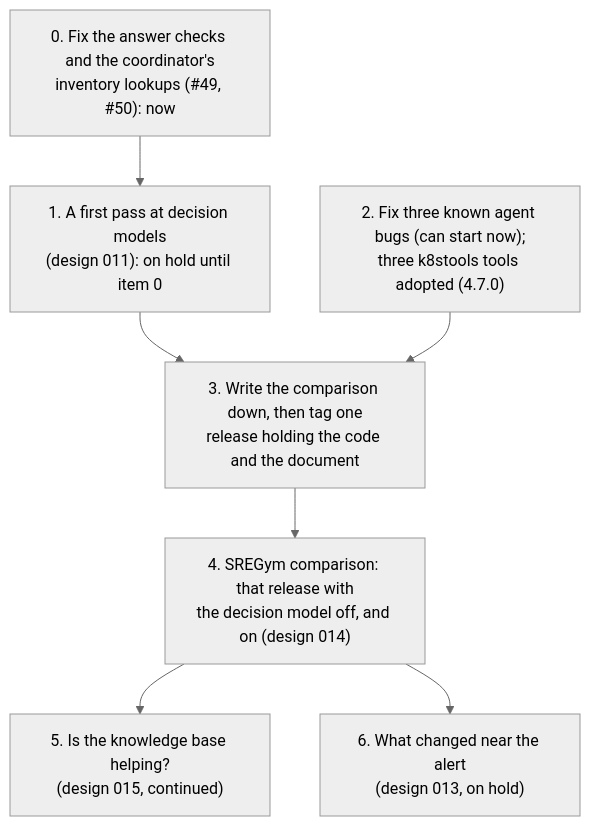
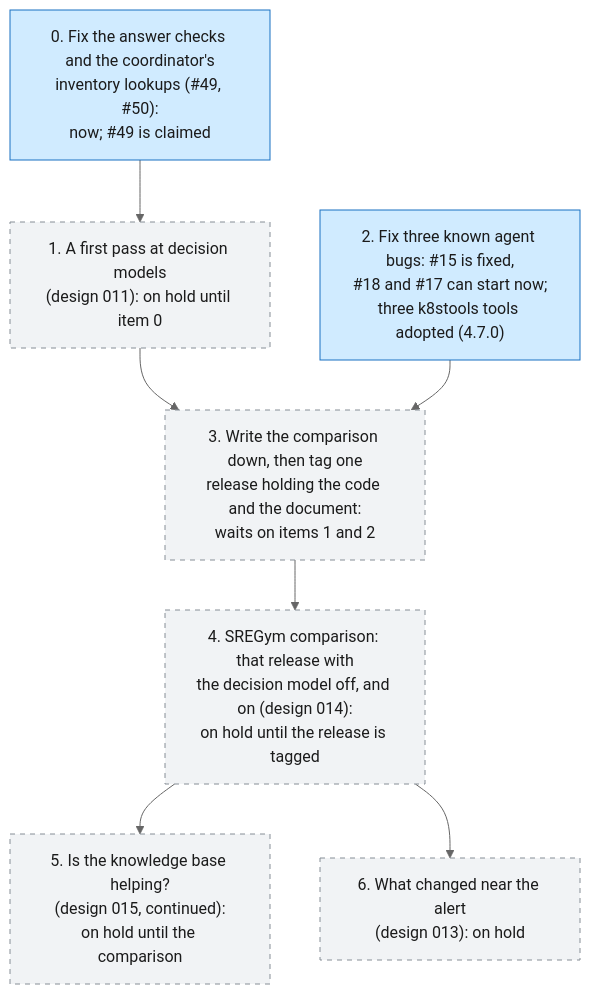
One commit to BenedatLLC/k8srca changed the first of 2 diagrams in docs/todo.md. Above: the diagram before and after it, drawn with Mermaid (neutral theme). The commit also changed other lines of this file and 4 other files, not shown here.

````diff
--- a/docs/todo.md
+++ b/docs/todo.md
@@ -67,16 +67,19 @@
 ```mermaid
 flowchart TD
-  Z["0. Fix the answer checks and the coordinator's<br/>inventory lookups (#49, #50): now"]
-  J["1. A first pass at decision models<br/>(design 011): on hold until item 0"]
-  F["2. Fix three known agent bugs (can start now);<br/>three k8stools tools adopted (4.7.0)"]
-  T["3. Write the comparison down, then tag one<br/>release holding the code and the document"]
-  S["4. SREGym comparison: that release with<br/>the decision model off, and on (design 014)"]
-  K["5. Is the knowledge base helping?<br/>(design 015, continued)"]
-  W["6. What changed near the alert<br/>(design 013, on hold)"]
+  Z["0. Fix the answer checks and the coordinator's<br/>inventory lookups (#49, #50):<br/>now; #49 is claimed"]:::active
+  J["1. A first pass at decision models<br/>(design 011): on hold until item 0"]:::waiting
+  F["2. Fix three known agent bugs: #15 is fixed,<br/>#18 and #17 can start now;<br/>three k8stools tools adopted (4.7.0)"]:::active
+  T["3. Write the comparison down, then tag one<br/>release holding the code and the document:<br/>waits on items 1 and 2"]:::waiting
+  S["4. SREGym comparison: that release with<br/>the decision model off, and on (design 014):<br/>on hold until the release is tagged"]:::waiting
+  K["5. Is the knowledge base helping?<br/>(design 015, continued):<br/>on hold until the comparison"]:::waiting
+  W["6. What changed near the alert<br/>(design 013): on hold"]:::waiting
   Z --> J
   J --> T
   F --> T
   T --> S
   S --> K
   S --> W
+  classDef done fill:#d3f9d8,stroke:#2f9e44,color:#1b1b1b
+  classDef active fill:#d0ebff,stroke:#1971c2,color:#1b1b1b
+  classDef waiting fill:#f1f3f5,stroke:#868e96,color:#1b1b1b,stroke-dasharray: 5 5
 ```
````
